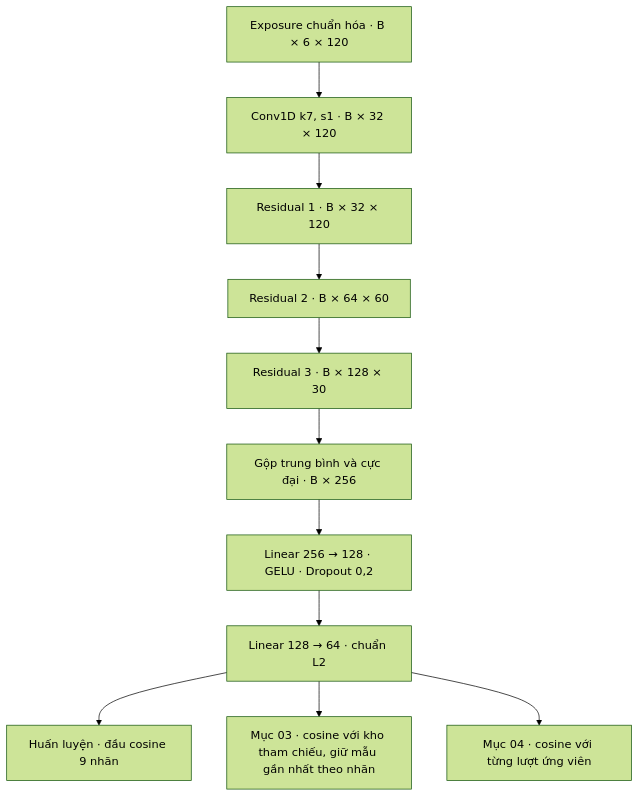
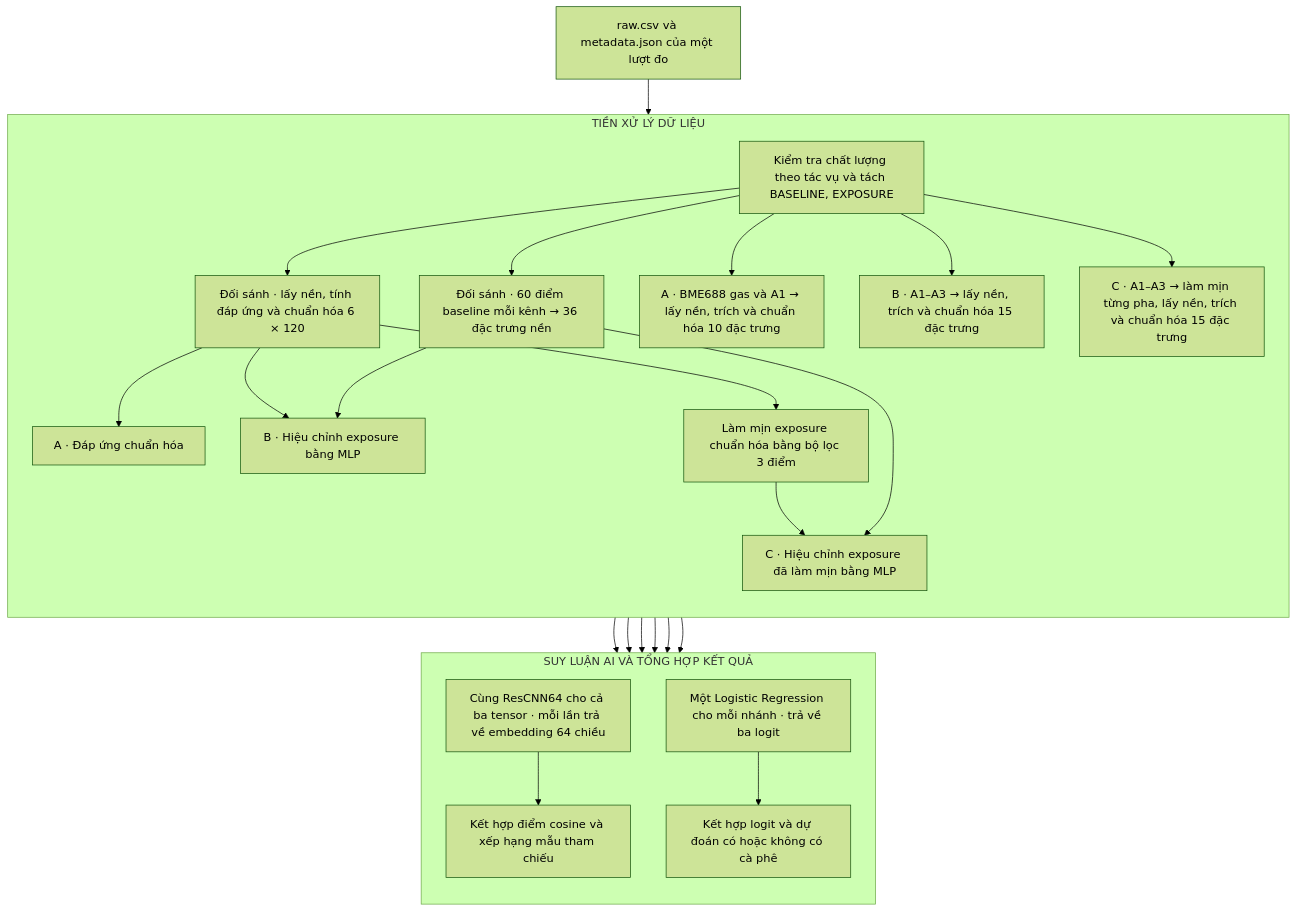
One commit to Phucluu2809/PBL6 changed the first of 2 diagrams in BAO_CAO_AI_ROBONOSE.md. Above: the diagram before and after it, drawn with Mermaid (forest theme). The commit also changed other lines of this file, not shown here.

````diff
--- a/BAO_CAO_AI_ROBONOSE.md
+++ b/BAO_CAO_AI_ROBONOSE.md
@@ -128,13 +37,33 @@
 ```mermaid
-flowchart TD
-    A["Exposure chuẩn hóa · B × 6 × 120"] --> B["Conv1D k7, s1 · B × 32 × 120"]
-    B --> C["Residual 1 · B × 32 × 120"]
-    C --> D["Residual 2 · B × 64 × 60"]
-    D --> E["Residual 3 · B × 128 × 30"]
-    E --> F["Gộp trung bình và cực đại · B × 256"]
-    F --> G["Linear 256 → 128 · GELU · Dropout 0,2"]
-    G --> H["Linear 128 → 64 · chuẩn L2"]
-    H --> I["Huấn luyện · đầu cosine 9 nhãn"]
-    H --> J["Mục 03 · cosine với kho tham chiếu, giữ mẫu gần nhất theo nhãn"]
-    H --> K["Mục 04 · cosine với từng lượt ứng viên"]
+flowchart TB
+    RAW["raw.csv và metadata.json của một lượt đo"]
+    subgraph P["TIỀN XỬ LÝ DỮ LIỆU"]
+        direction TB
+        QC["Kiểm tra chất lượng theo tác vụ và tách BASELINE, EXPOSURE"]
+        QC --> PERSON["Đối sánh · lấy nền, tính đáp ứng và chuẩn hóa 6 × 120"]
+        QC --> BASE["Đối sánh · 60 điểm baseline mỗi kênh → 36 đặc trưng nền"]
+        PERSON --> PA["A · Đáp ứng chuẩn hóa"]
+        PERSON --> PB["B · Hiệu chỉnh exposure bằng MLP"]
+        PERSON --> SM["Làm mịn exposure chuẩn hóa bằng bộ lọc 3 điểm"]
+        SM --> PC["C · Hiệu chỉnh exposure đã làm mịn bằng MLP"]
+        BASE --> PB
+        BASE --> PC
+        QC --> CA["A · BME688 gas và A1 → lấy nền, trích và chuẩn hóa 10 đặc trưng"]
+        QC --> CB["B · A1–A3 → lấy nền, trích và chuẩn hóa 15 đặc trưng"]
+        QC --> CC["C · A1–A3 → làm mịn từng pha, lấy nền, trích và chuẩn hóa 15 đặc trưng"]
+    end
+    subgraph M["SUY LUẬN AI VÀ TỔNG HỢP KẾT QUẢ"]
+        direction TB
+        CNN["Cùng ResCNN64 cho cả ba tensor · mỗi lần trả về embedding 64 chiều"]
+        LOG["Một Logistic Regression cho mỗi nhánh · trả về ba logit"]
+        CNN --> MATCH["Kết hợp điểm cosine và xếp hạng mẫu tham chiếu"]
+        LOG --> CLASSIFY["Kết hợp logit và dự đoán có hoặc không có cà phê"]
+    end
+    RAW --> QC
+    PA --> CNN
+    PB --> CNN
+    PC --> CNN
+    CA --> LOG
+    CB --> LOG
+    CC --> LOG
 ```
````
